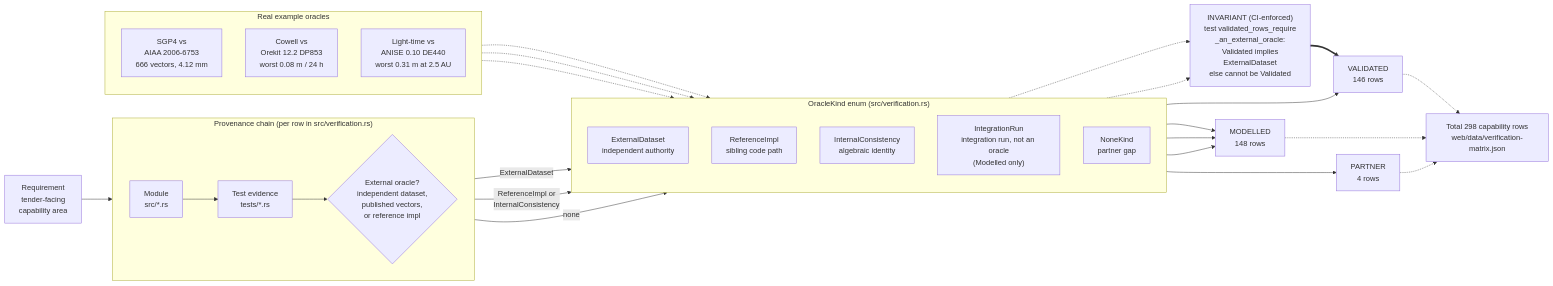
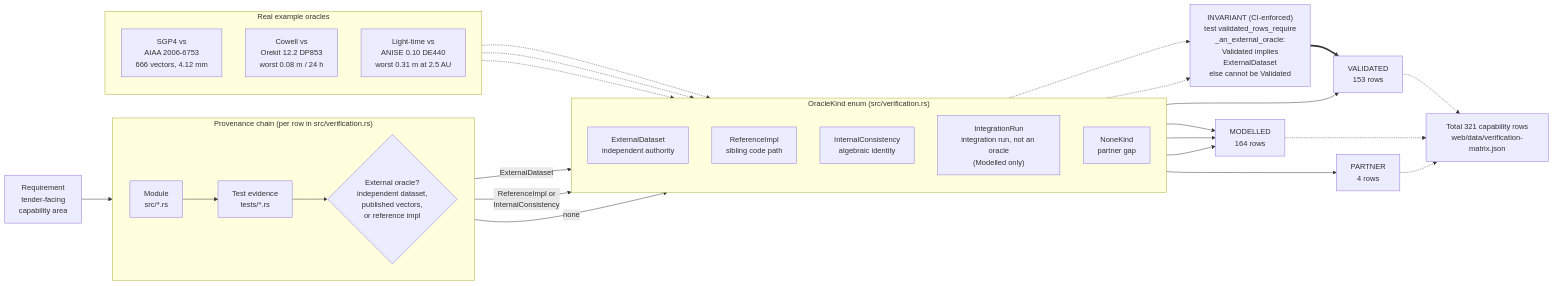
Before and after one commit to ashfordeOU/kshana: the diagram in docs/diagrams/validation-provenance.mmd, drawn with Mermaid. The commit also changed 4 other files, not shown here.

```diff
--- a/docs/diagrams/validation-provenance.mmd
+++ b/docs/diagrams/validation-provenance.mmd
@@ -1,51 +1,51 @@
 flowchart LR
     REQ["Requirement<br/>tender-facing<br/>capability area"]
 
     subgraph CHAIN["Provenance chain (per row in src/verification.rs)"]
         direction LR
         MOD["Module<br/>src/*.rs"]
         TST["Test evidence<br/>tests/*.rs"]
         ORA{"External oracle?<br/>independent dataset,<br/>published vectors,<br/>or reference impl"}
     end
 
     REQ --> MOD --> TST --> ORA
 
     subgraph KINDS["OracleKind enum (src/verification.rs)"]
         direction TD
         EXT["ExternalDataset<br/>independent authority"]
         REF["ReferenceImpl<br/>sibling code path"]
         INT["InternalConsistency<br/>algebraic identity"]
         IRN["IntegrationRun<br/>integration run, not an oracle<br/>(Modelled only)"]
         NON["NoneKind<br/>partner gap"]
     end
 
     ORA -->|ExternalDataset| EXT
     ORA -->|"ReferenceImpl or<br/>InternalConsistency"| INT
     ORA -->|none| NON
 
     GUARD["INVARIANT (CI-enforced)<br/>test validated_rows_require<br/>_an_external_oracle:<br/>Validated implies<br/>ExternalDataset<br/>else cannot be Validated"]
     EXT -.-> GUARD
     INT -.-> GUARD
 
-    EXT --> VAL["VALIDATED<br/>146 rows"]
-    REF --> MDL["MODELLED<br/>148 rows"]
+    EXT --> VAL["VALIDATED<br/>153 rows"]
+    REF --> MDL["MODELLED<br/>164 rows"]
     INT --> MDL
     IRN --> MDL
     NON --> PRT["PARTNER<br/>4 rows"]
     GUARD ==> VAL
 
     subgraph EX["Real example oracles"]
         direction TD
         E1["SGP4 vs<br/>AIAA 2006-6753<br/>666 vectors, 4.12 mm"]
         E2["Cowell vs<br/>Orekit 12.2 DP853<br/>worst 0.08 m / 24 h"]
         E3["Light-time vs<br/>ANISE 0.10 DE440<br/>worst 0.31 m at 2.5 AU"]
     end
 
     E1 -.-> EXT
     E2 -.-> EXT
     E3 -.-> EXT
 
-    TOTAL["Total 298 capability rows<br/>web/data/verification-matrix.json"]
+    TOTAL["Total 321 capability rows<br/>web/data/verification-matrix.json"]
     VAL -.-> TOTAL
     MDL -.-> TOTAL
     PRT -.-> TOTAL
```
